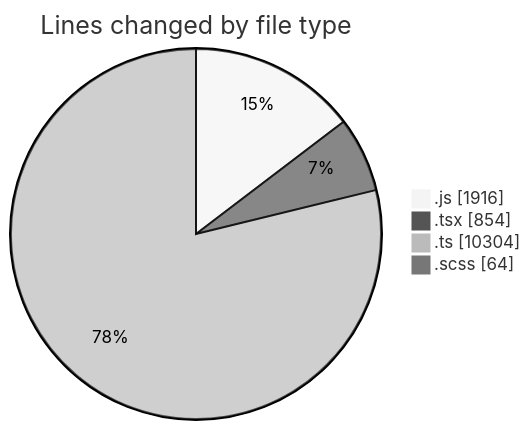
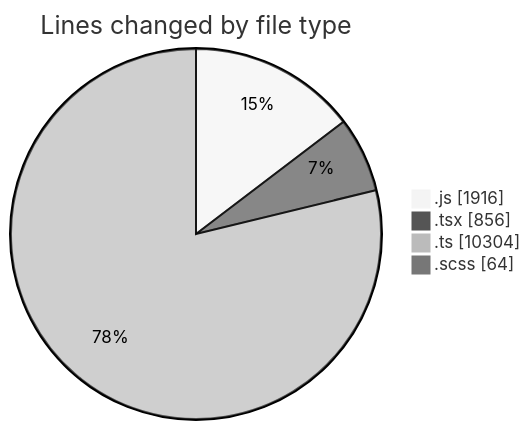
One commit to momahboobian/code-tracking changed the first of 2 diagrams in 2025-03-13/cda/README.md. Above: the diagram before and after it, drawn with Mermaid (neutral theme). The commit also changed other lines of this file and 1 other file, not shown here.

````diff
--- a/2025-03-13/cda/README.md
+++ b/2025-03-13/cda/README.md
@@ -33,8 +33,8 @@
 ```mermaid
 pie showData
 title Lines changed by file type
 ".js" : 1916
-".tsx" : 854
+".tsx" : 856
 ".ts" : 10304
 ".scss" : 64
 ```
````
